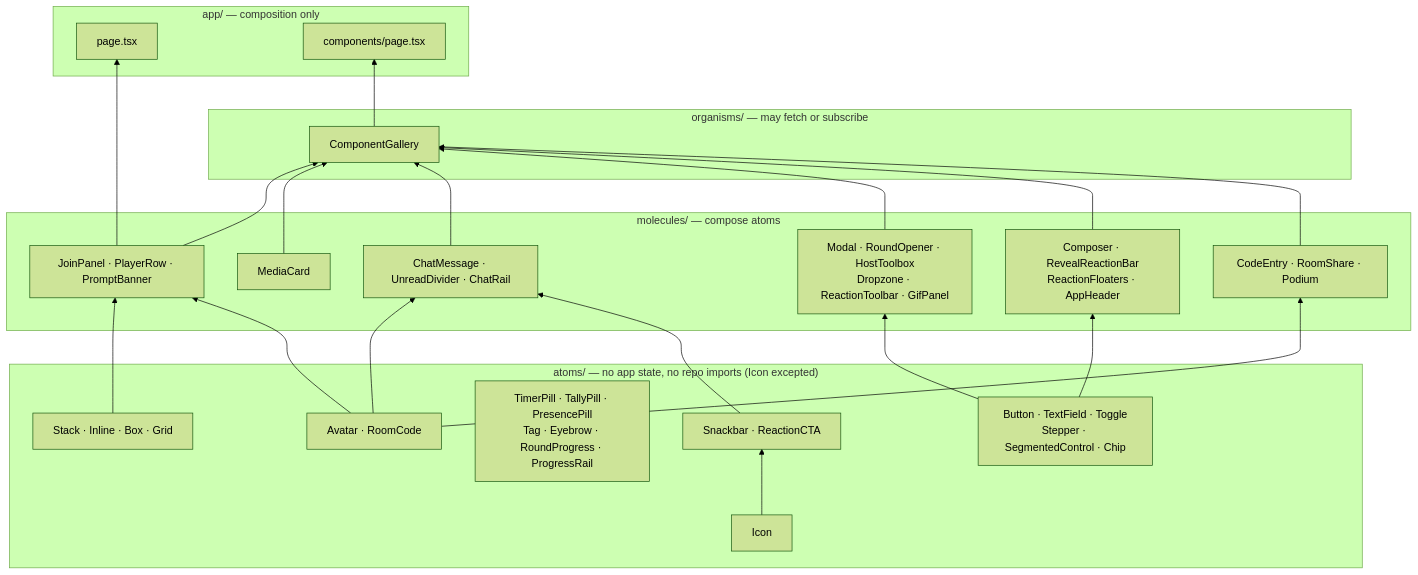
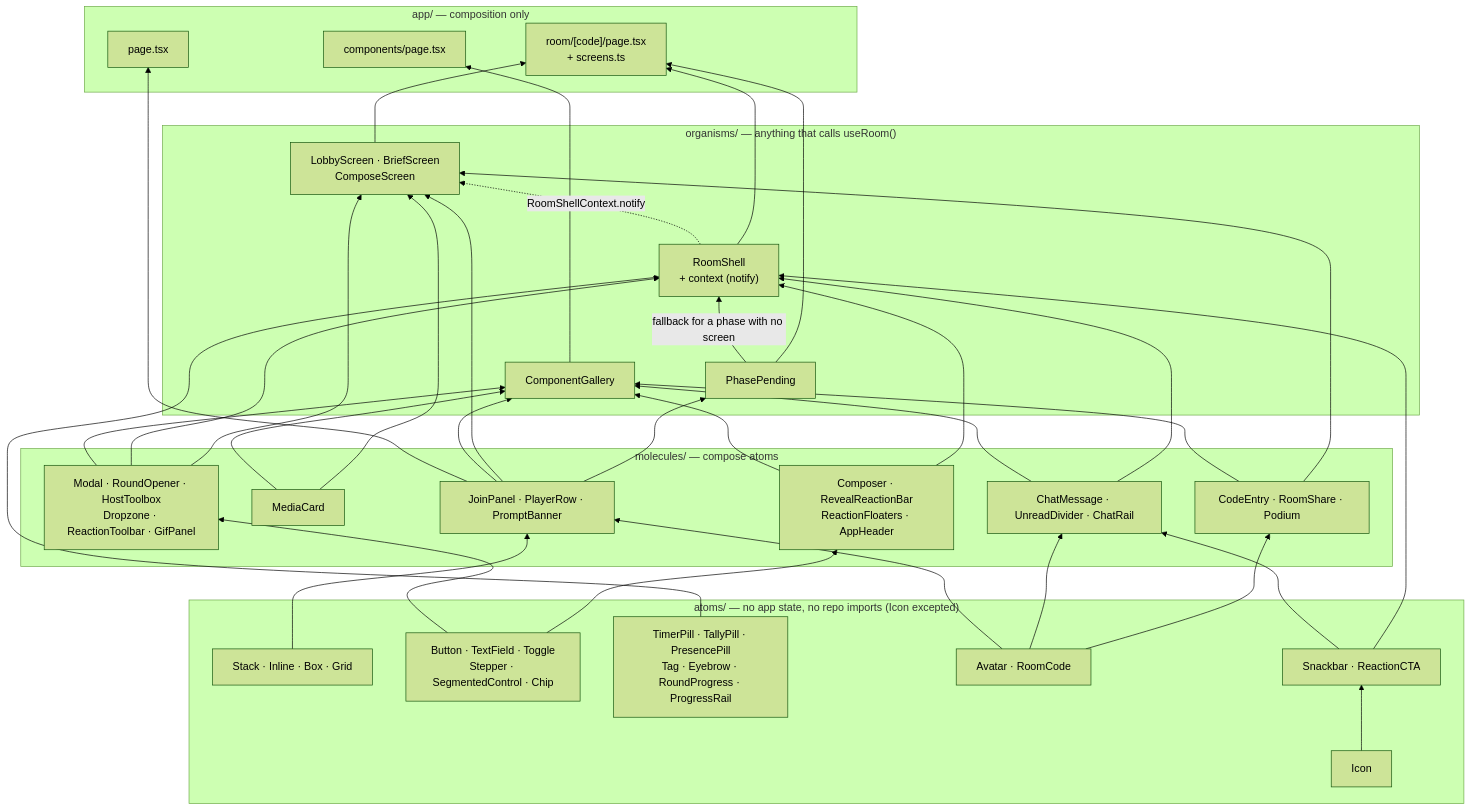
Before and after one commit to Jmeza081/captionist: the fourth of 7 diagrams in docs/architecture.md, drawn with Mermaid (forest theme). The commit also changed other lines of this file and 82 other files, not shown here.

First line of the commit message:
Build the room chrome and its first three screens

````diff
--- a/docs/architecture.md
+++ b/docs/architecture.md
@@ -64,43 +296,63 @@
 ```mermaid
 graph BT
   subgraph atoms["atoms/ — no app state, no repo imports (Icon excepted)"]
     Layout["Stack · Inline · Box · Grid"]
     Icon["Icon"]
     Controls["Button · TextField · Toggle<br/>Stepper · SegmentedControl · Chip"]
     Status["TimerPill · TallyPill · PresencePill<br/>Tag · Eyebrow · RoundProgress · ProgressRail"]
     Ident["Avatar · RoomCode"]
     Feedback["Snackbar · ReactionCTA"]
   end
   subgraph molecules["molecules/ — compose atoms"]
     Room["JoinPanel · PlayerRow · PromptBanner"]
     Media["MediaCard"]
     Chat["ChatMessage · UnreadDivider · ChatRail"]
     Overlay["Modal · RoundOpener · HostToolbox<br/>Dropzone · ReactionToolbar · GifPanel"]
     Compose["Composer · RevealReactionBar<br/>ReactionFloaters · AppHeader"]
     Lobby["CodeEntry · RoomShare · Podium"]
   end
-  subgraph organisms["organisms/ — may fetch or subscribe"]
+  subgraph organisms["organisms/ — anything that calls useRoom()"]
+    Shell["RoomShell<br/>+ context (notify)"]
+    Screens["LobbyScreen · BriefScreen<br/>ComposeScreen"]
+    Pending["PhasePending"]
     Gallery["ComponentGallery"]
   end
   subgraph pages["app/ — composition only"]
     Home["page.tsx"]
     Comp["components/page.tsx"]
+    RoomPage["room/[code]/page.tsx<br/>+ screens.ts"]
   end
 
   Icon --> Feedback
   Layout --> Room
   Ident --> Room
   Ident --> Chat
   Controls --> Overlay
   Feedback --> Chat
   Room --> Home
   Room --> Gallery
   Media --> Gallery
   Chat --> Gallery
   Overlay --> Gallery
   Compose --> Gallery
   Lobby --> Gallery
   Controls --> Compose
   Ident --> Lobby
   Gallery --> Comp
+
+  Status --> Shell
+  Feedback --> Shell
+  Chat --> Shell
+  Overlay --> Shell
+  Compose --> Shell
+  Pending -->|"fallback for a phase with no screen"| Shell
+  Room --> Screens
+  Media --> Screens
+  Overlay --> Screens
+  Lobby --> Screens
+  Room --> Pending
+  Shell -.->|"RoomShellContext.notify"| Screens
+  Shell --> RoomPage
+  Screens --> RoomPage
+  Pending --> RoomPage
 ```
````
